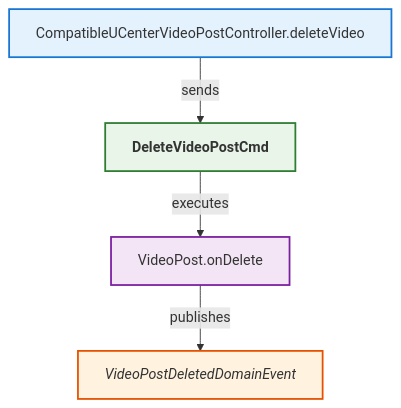
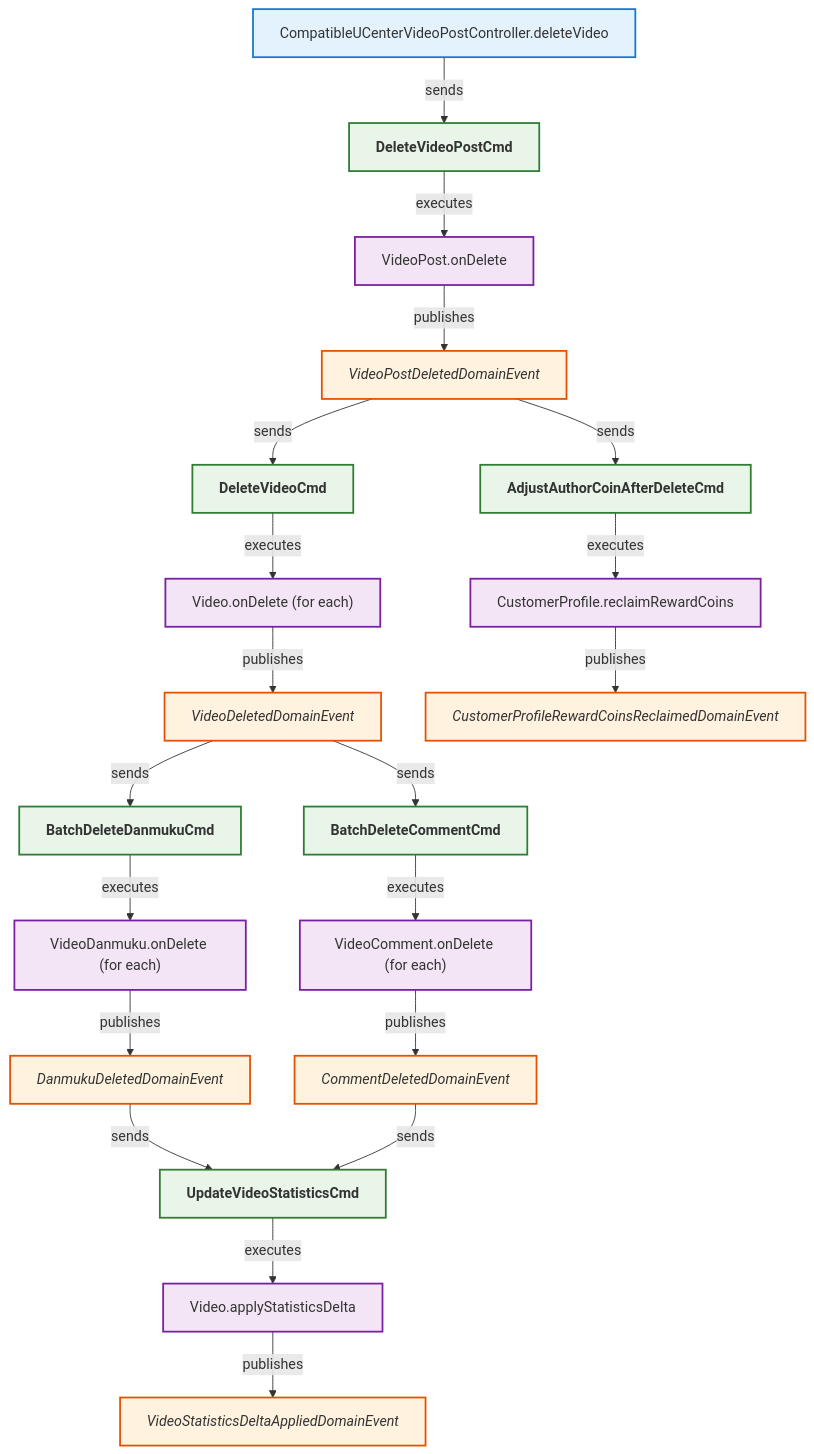
One commit to LDmoxeii/only-danmuku changed the diagram in analysis/CompatibleUCenterVideoPostController_deleteVideo.mmd. Above: the diagram before and after it, drawn with Mermaid.

Commit message:
feat(video): 完善删除视频的领域事件驱动流程
- 新增删除视频相关命令和实体方法
- 添加作者币值调整及用户画像代币回收逻辑
- 实现弹幕与评论批量删除功能
- 更新视频统计信息的事件处理机制
- 补充各领域事件之间的发送与执行关系图示

```diff
--- a/analysis/CompatibleUCenterVideoPostController_deleteVideo.mmd
+++ b/analysis/CompatibleUCenterVideoPostController_deleteVideo.mmd
@@ -1,34 +1,98 @@
 flowchart TB
 
     N1["CompatibleUCenterVideoPostController.deleteVideo"]
     class N1 controllermethod;
 
     C1["DeleteVideoPostCmd"]
     class C1 command;
     A1["VideoPost.onDelete"]
     class A1 entitymethod;
     E1["VideoPostDeletedDomainEvent"]
     class E1 domainevent;
 
+    %% Event-driven follow-ups
+    C2["DeleteVideoCmd"]
+    class C2 command;
+    C3["AdjustAuthorCoinAfterDeleteCmd"]
+    class C3 command;
+
+    A2["Video.onDelete (for each)"]
+    class A2 entitymethod;
+    E2["VideoDeletedDomainEvent"]
+    class E2 domainevent;
+
+    AP1["CustomerProfile.reclaimRewardCoins"]
+    class AP1 entitymethod;
+    EP1["CustomerProfileRewardCoinsReclaimedDomainEvent"]
+    class EP1 domainevent;
+
+    C5["BatchDeleteDanmukuCmd"]
+    class C5 command;
+    C6["BatchDeleteCommentCmd"]
+    class C6 command;
+
+    AD1["VideoDanmuku.onDelete (for each)"]
+    class AD1 entitymethod;
+    ED1["DanmukuDeletedDomainEvent"]
+    class ED1 domainevent;
+
+    AC1["VideoComment.onDelete (for each)"]
+    class AC1 entitymethod;
+    EC1["CommentDeletedDomainEvent"]
+    class EC1 domainevent;
+
+    C7["UpdateVideoStatisticsCmd"]
+    class C7 command;
+    AV1["Video.applyStatisticsDelta"]
+    class AV1 entitymethod;
+    EV1["VideoStatisticsDeltaAppliedDomainEvent"]
+    class EV1 domainevent;
+
     %% Relationships
     N1 -->|sends| C1
     C1 -->|executes| A1
     A1 -->|publishes| E1
+
+    %% From VideoPostDeletedDomainEvent
+    E1 -->|sends| C2
+    E1 -->|sends| C3
+
+    C2 -->|executes| A2
+    A2 -->|publishes| E2
+
+    C3 -->|executes| AP1
+    AP1 -->|publishes| EP1
+
+    %% From VideoDeletedDomainEvent
+    E2 -->|sends| C5
+    E2 -->|sends| C6
+
+    C5 -->|executes| AD1
+    AD1 -->|publishes| ED1
+
+    C6 -->|executes| AC1
+    AC1 -->|publishes| EC1
+
+    %% Update statistics after comment/danmuku deletion
+    ED1 -->|sends| C7
+    EC1 -->|sends| C7
+    C7 -->|executes| AV1
+    AV1 -->|publishes| EV1
 
     %% Styles
     classDef controller fill:#e3f2fd,stroke:#1565c0,stroke-width:2px,font-weight:bold;
     classDef controllermethod fill:#e3f2fd,stroke:#1976d2,stroke-width:2px;
     classDef endpoint fill:#e3f2fd,stroke:#42a5f5,stroke-width:2px;
     classDef commandsender fill:#e3f2fd,stroke:#1565c0,stroke-width:2px,font-style:italic;
     classDef commandsendermethod fill:#e3f2fd,stroke:#1976d2,stroke-width:2px,font-style:italic;
     classDef command fill:#e8f5e8,stroke:#2e7d32,stroke-width:2px,font-weight:bold;
     classDef commandhandler fill:#e8f5e8,stroke:#388e3c,stroke-width:2px,font-weight:bold;
     classDef aggregate fill:#fff8e1,stroke:#ff8f00,stroke-width:3px,font-weight:bold;
     classDef entitymethod fill:#f3e5f5,stroke:#7b1fa2,stroke-width:2px;
     classDef domainevent fill:#fff3e0,stroke:#e65100,stroke-width:2px,font-style:italic;
     classDef domaineventhandler fill:#fff3e0,stroke:#ef6c00,stroke-width:2px,font-weight:bold;
     classDef integrationevent fill:#fce4ec,stroke:#880e4f,stroke-width:2px;
     classDef integrationeventhandler fill:#fce4ec,stroke:#ad1457,stroke-width:2px,font-weight:bold;
     classDef integrationeventconverter fill:#e3f2fd,stroke:#0277bd,stroke-width:2px;
     classDef repo fill:#d6dbdf,stroke:#85929e,stroke-width:2px;
     classDef uow fill:#f2f4f4,stroke:#7f8c8d,stroke-width:2px;
```
